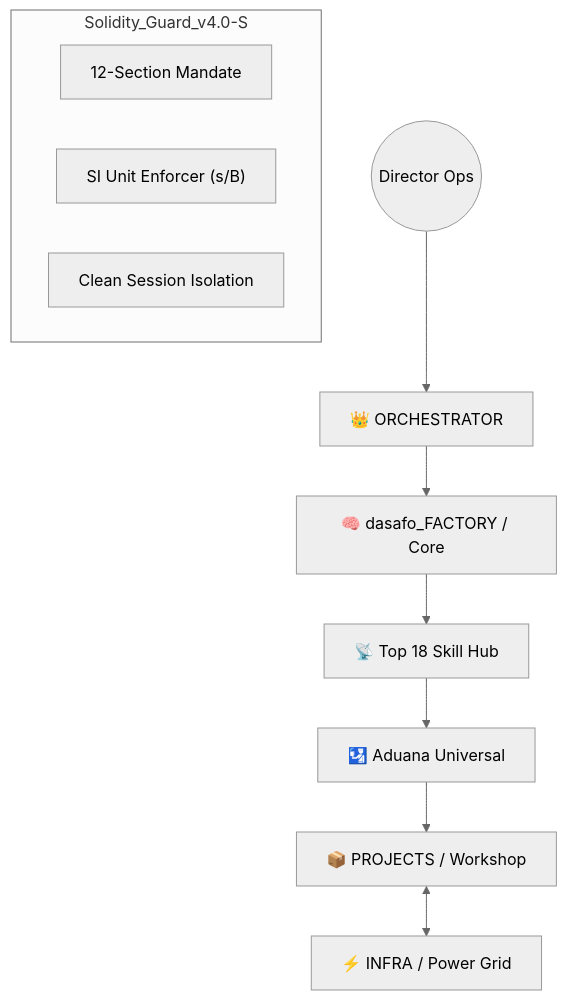
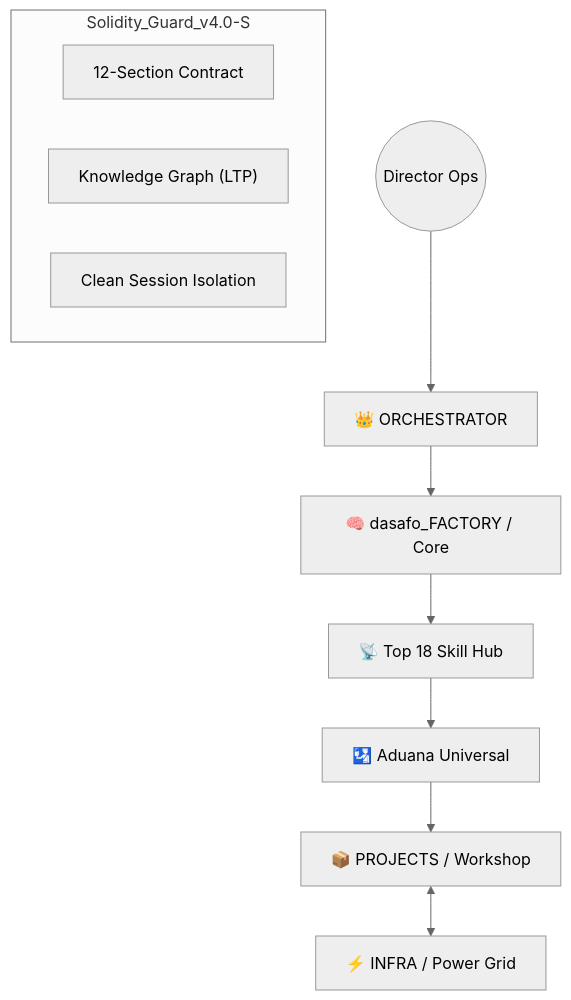
The diagram in README.md (dasafo/dasafo_Systems), drawn with Mermaid (neutral theme) before and after one commit. The commit also changed other lines of this file and 11 other files, not shown here.

`````diff
--- a/README.md
+++ b/README.md
@@ -16,15 +24,15 @@
 ```mermaid
 graph TD
     User((Director Ops)) --> Orch["👑 ORCHESTRATOR"]
     Orch --> Factory["🧠 dasafo_FACTORY / Core"]
     Factory --> Hub["📡 Top 18 Skill Hub"]
     Hub --> Gate["🛂 Aduana Universal"]
     Gate --> Projects["📦 PROJECTS / Workshop"]
     Projects <--> Infra["⚡ INFRA / Power Grid"]
 
     subgraph Solidity_Guard_v4.0-S
-        PRP["12-Section Mandate"]
-        SI["SI Unit Enforcer (s/B)"]
+        PRP["12-Section Contract"]
+        Neo4j["Knowledge Graph (LTP)"]
         Clean["Clean Session Isolation"]
     end
-```
+````
`````
